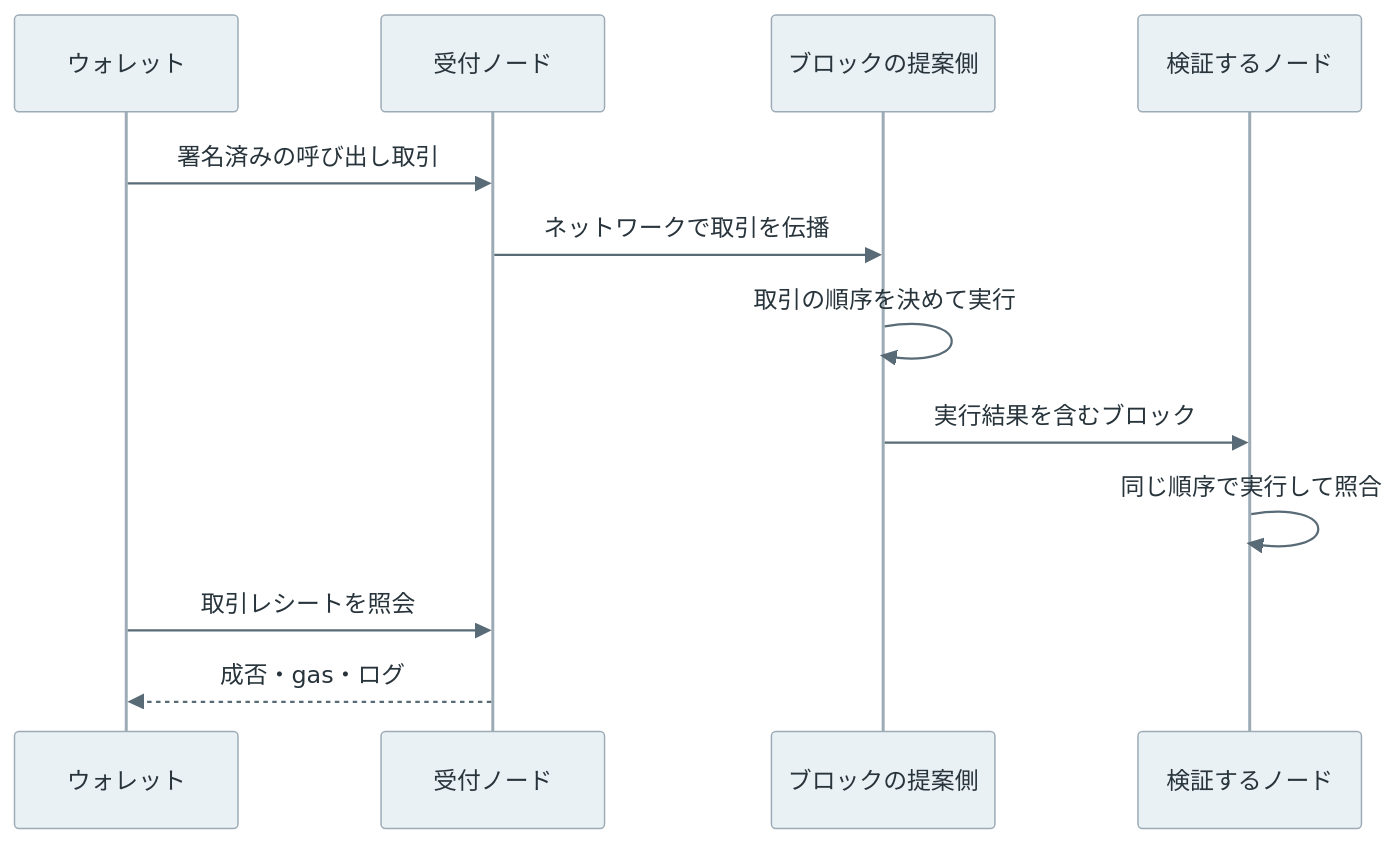
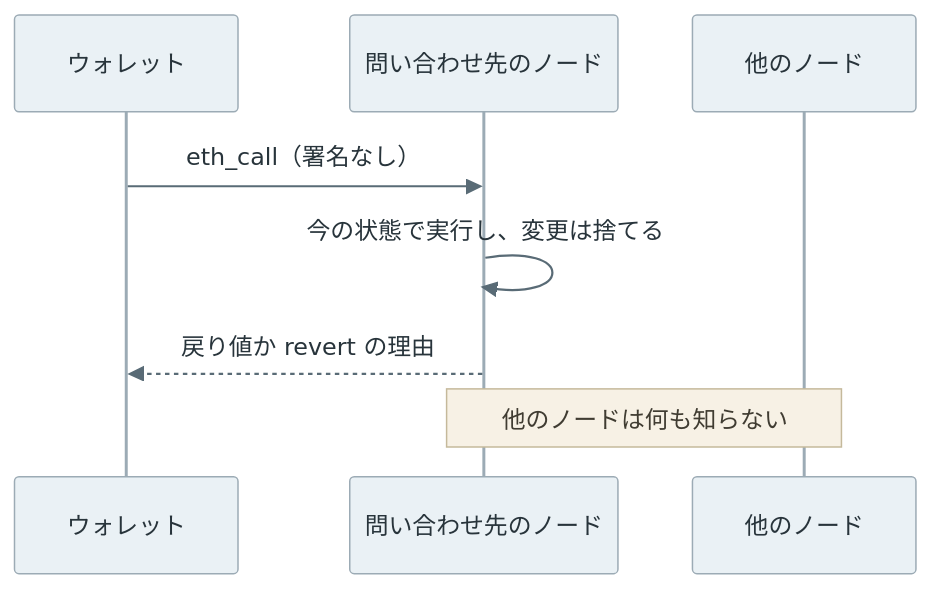
One commit to nao1215/debimate changed the third of 4 diagrams in content/notes/blockchain-systems/smart-contract/index.md. Above: the diagram before and after it, drawn with Mermaid. The commit also changed other lines of this file and 24 other files, not shown here.

````diff
--- a/content/notes/blockchain-systems/smart-contract/index.md
+++ b/content/notes/blockchain-systems/smart-contract/index.md
@@ -83,15 +276,11 @@
 ```mermaid
-%%{init: {"theme":"base","themeVariables":{"primaryColor":"#eaf1f5","primaryTextColor":"#28343b","primaryBorderColor":"#9cabb5","lineColor":"#596b76","textColor":"#28343b","actorBkg":"#eaf1f5","actorBorder":"#9cabb5","actorTextColor":"#28343b","signalColor":"#596b76","signalTextColor":"#28343b","noteBkgColor":"#f7f1e5","noteTextColor":"#403c32"}}}%%
+%%{init: {"theme":"base","themeVariables":{"primaryColor":"#eaf1f5","primaryTextColor":"#28343b","primaryBorderColor":"#9cabb5","lineColor":"#596b76","textColor":"#28343b","actorBkg":"#eaf1f5","actorBorder":"#9cabb5","actorTextColor":"#28343b","actorLineColor":"#9cabb5","signalColor":"#596b76","signalTextColor":"#28343b","noteBkgColor":"#f7f1e5","noteBorderColor":"#c5b99b","noteTextColor":"#403c32"}}}%%
 sequenceDiagram
-    participant U as ウォレット
-    participant N as 受付ノード
-    participant P as ブロックの提案側
-    participant V as 検証するノード
-    U->>N: 署名済みの呼び出し取引
-    N->>P: ネットワークで取引を伝播
-    P->>P: 取引の順序を決めて実行
-    P->>V: 実行結果を含むブロック
-    V->>V: 同じ順序で実行して照合
-    U->>N: 取引レシートを照会
-    N-->>U: 成否・gas・ログ
+    participant W as ウォレット
+    participant R as 問い合わせ先のノード
+    participant O as 他のノード
+    W->>R: eth_call（署名なし）
+    R->>R: 今の状態で実行し、変更は捨てる
+    R-->>W: 戻り値か revert の理由
+    Note over R,O: 他のノードは何も知らない
 ```
````
